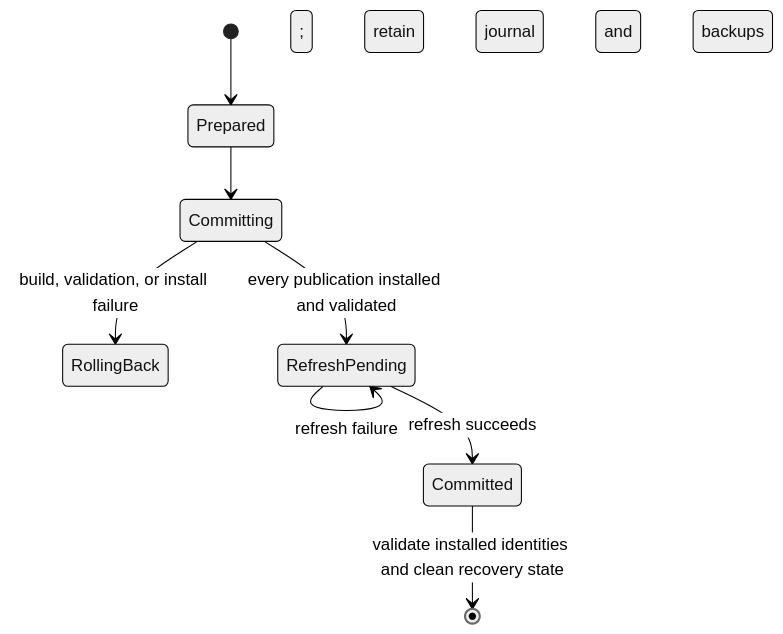
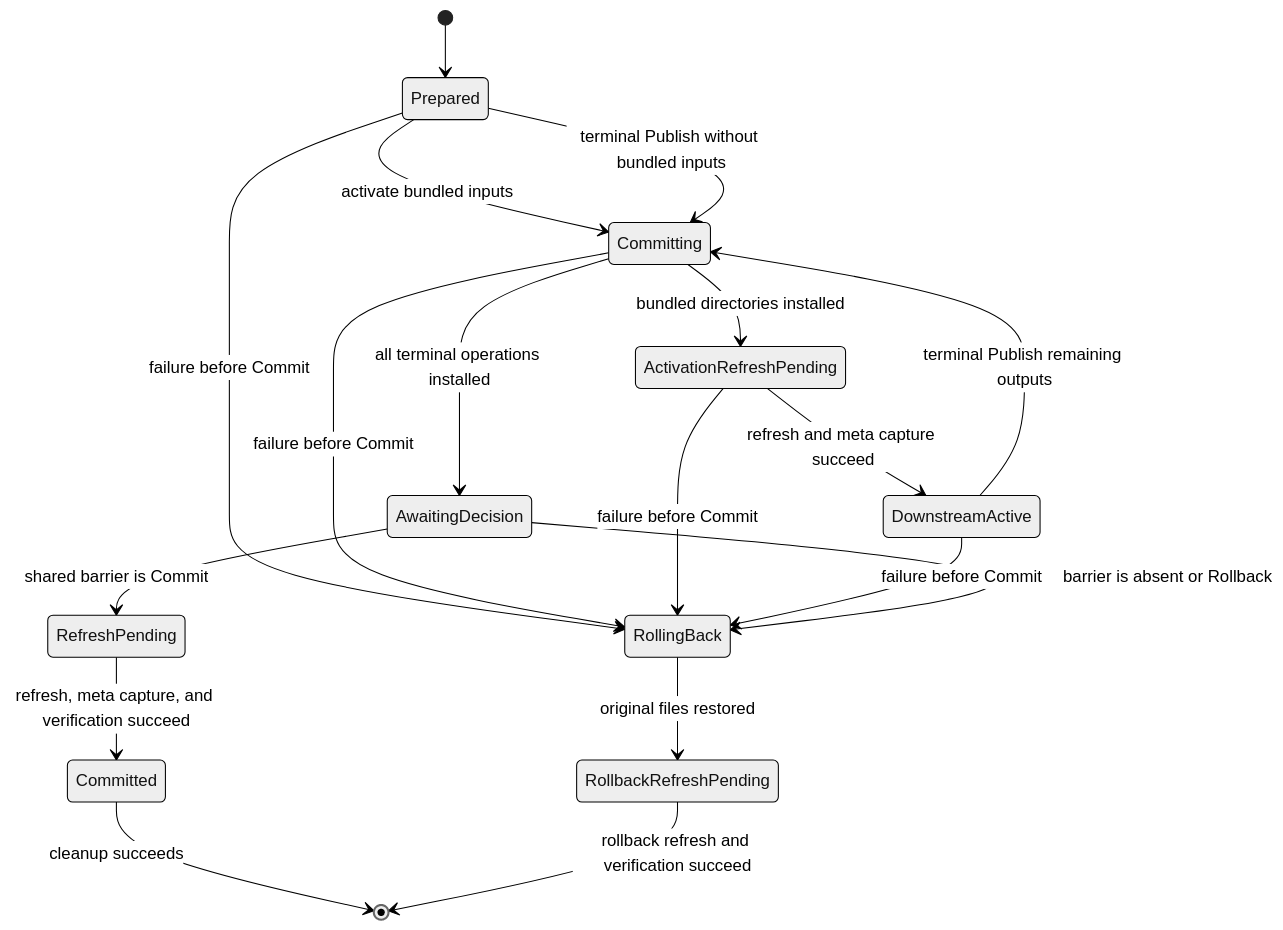
Before and after one commit to MaiKuraki/UnityStarter: the second of 2 diagrams in UnityStarter/Assets/Build/Editor/BuildPipeline/Integrations/YooAsset3/README.md, drawn with Mermaid (neutral theme). The commit also changed other lines of this file and 293 other files, not shown here.

````diff
--- a/UnityStarter/Assets/Build/Editor/BuildPipeline/Integrations/YooAsset3/README.md
+++ b/UnityStarter/Assets/Build/Editor/BuildPipeline/Integrations/YooAsset3/README.md
@@ -65,10 +111,20 @@
 ```mermaid
 stateDiagram-v2
     [*] --> Prepared
-    Prepared --> Committing
-    Committing --> RollingBack: build, validation, or install failure
-    Committing --> RefreshPending: every publication installed and validated
-    RefreshPending --> RefreshPending: refresh failure; retain journal and backups
-    RefreshPending --> Committed: refresh succeeds
-    Committed --> [*]: validate installed identities and clean recovery state
+    Prepared --> Committing: activate bundled inputs
+    Committing --> ActivationRefreshPending: bundled directories installed
+    ActivationRefreshPending --> DownstreamActive: refresh and meta capture succeed
+    Prepared --> Committing: terminal Publish without bundled inputs
+    DownstreamActive --> Committing: terminal Publish remaining outputs
+    Committing --> AwaitingDecision: all terminal operations installed
+    AwaitingDecision --> RefreshPending: shared barrier is Commit
+    RefreshPending --> Committed: refresh, meta capture, and verification succeed
+    Committed --> [*]: cleanup succeeds
+    Prepared --> RollingBack: failure before Commit
+    Committing --> RollingBack: failure before Commit
+    ActivationRefreshPending --> RollingBack: failure before Commit
+    DownstreamActive --> RollingBack: failure before Commit
+    AwaitingDecision --> RollingBack: barrier is absent or Rollback
+    RollingBack --> RollbackRefreshPending: original files restored
+    RollbackRefreshPending --> [*]: rollback refresh and verification succeed
 ```
````
